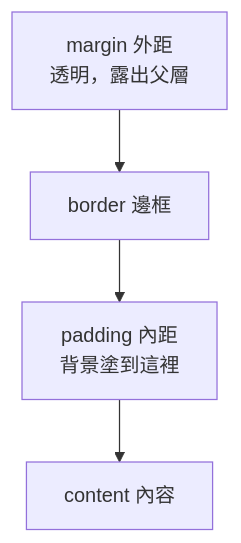
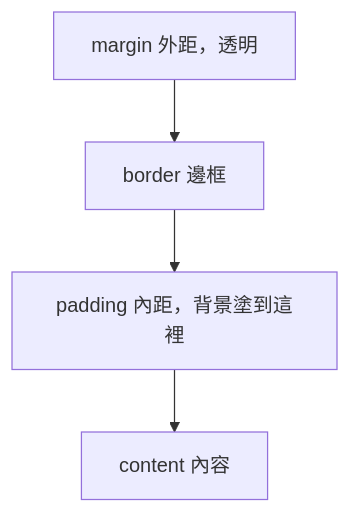
One commit to summer10920/summer10920.github.io changed the third of 3 diagrams in source/_posts/lokiTech-15day-03-css.md. Above: the diagram before and after it, drawn with Mermaid. The commit also changed other lines of this file and 2 other files, not shown here.

```diff
--- a/source/_posts/lokiTech-15day-03-css.md
+++ b/source/_posts/lokiTech-15day-03-css.md
@@ -1343,5 +1953,5 @@
 {% mermaid graph TD %}
-margin["margin 外距<br/>透明，露出父層"] --> border["border 邊框"]
-border --> padding["padding 內距<br/>背景塗到這裡"]
+margin["margin 外距，透明"] --> border["border 邊框"]
+border --> padding["padding 內距，背景塗到這裡"]
 padding --> content["content 內容"]
 {% endmermaid %}
```
